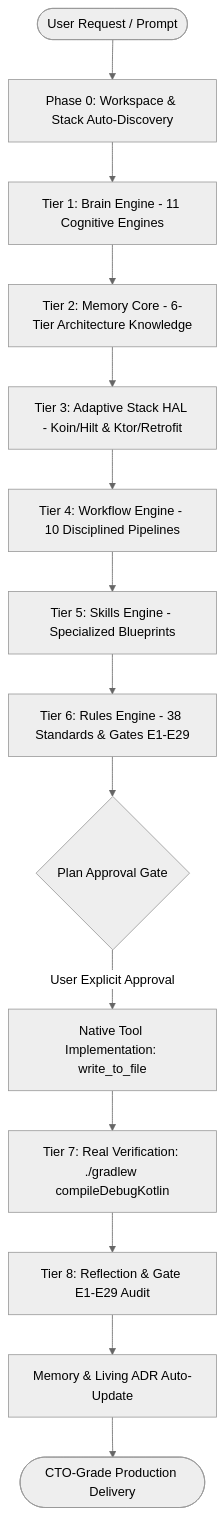
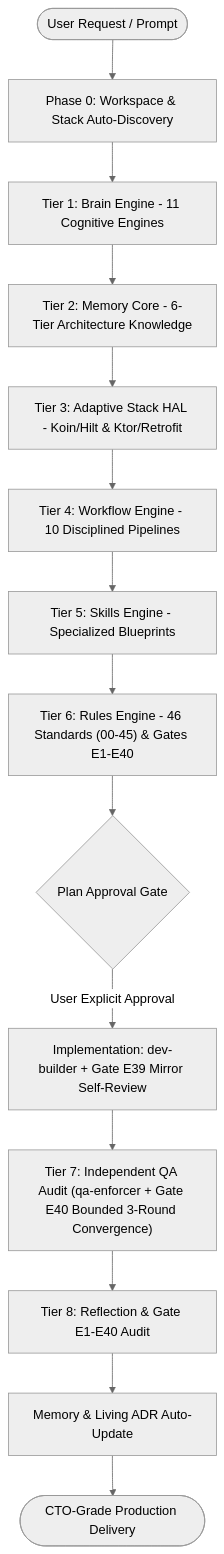
Before and after one commit to vinhvox/Anti-Vibe-Coding-Android-Engine: the second of 3 diagrams in README.md, drawn with Mermaid (neutral theme). The commit also changed other lines of this file and 3 other files, not shown here.

Commit message:
feat(cli): add fast non-interactive agy-update command and update README to 46 Rules & Gates E1-E40

````diff
--- a/README.md
+++ b/README.md
@@ -92,16 +92,16 @@
 ```mermaid
 flowchart TD
     User([User Request / Prompt]) --> Phase0[Phase 0: Workspace & Stack Auto-Discovery]
     Phase0 --> Brain[Tier 1: Brain Engine - 11 Cognitive Engines]
     Brain --> Memory[Tier 2: Memory Core - 6-Tier Architecture Knowledge]
     Memory --> HAL[Tier 3: Adaptive Stack HAL - Koin/Hilt & Ktor/Retrofit]
     HAL --> Workflow[Tier 4: Workflow Engine - 10 Disciplined Pipelines]
     Workflow --> Skills[Tier 5: Skills Engine - Specialized Blueprints]
-    Skills --> Rules[Tier 6: Rules Engine - 38 Standards & Gates E1-E29]
+    Skills --> Rules["Tier 6: Rules Engine - 46 Standards (00-45) & Gates E1-E40"]
     Rules --> PlanGate{Plan Approval Gate}
-    PlanGate -->|User Explicit Approval| Implementation[Native Tool Implementation: write_to_file]
-    Implementation --> Verification[Tier 7: Real Verification: ./gradlew compileDebugKotlin]
-    Verification --> Reflection[Tier 8: Reflection & Gate E1-E29 Audit]
+    PlanGate -->|User Explicit Approval| Implementation["Implementation: dev-builder + Gate E39 Mirror Self-Review"]
+    Implementation --> Verification["Tier 7: Independent QA Audit (qa-enforcer + Gate E40 Bounded 3-Round Convergence)"]
+    Verification --> Reflection["Tier 8: Reflection & Gate E1-E40 Audit"]
     Reflection --> MemoryUpdate[Memory & Living ADR Auto-Update]
     MemoryUpdate --> FinalDelivery([CTO-Grade Production Delivery])
 ```
````
